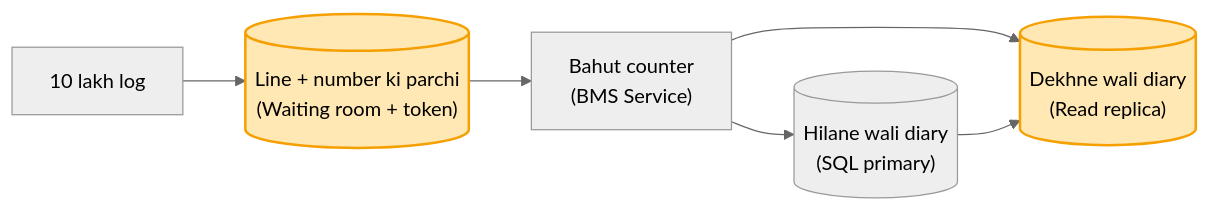
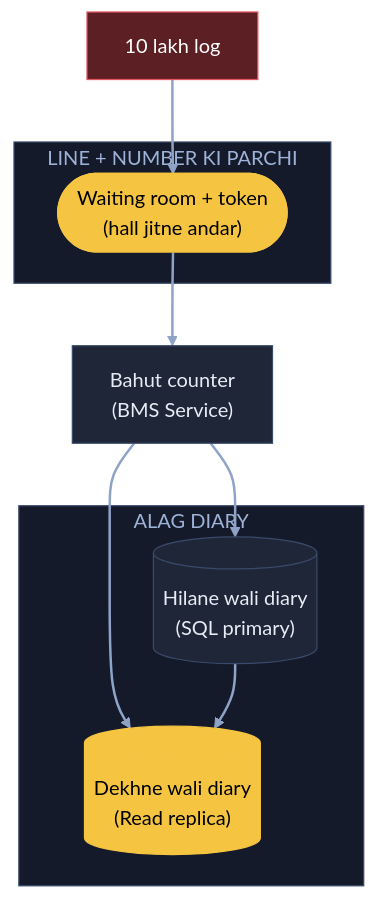
Before and after one commit to ArpanMaheshwari144/Prep: the fourth of 6 diagrams in 04_HLD/SYSTEM_DESIGNS/09_bookmyshow/09_bookmyshow.md, drawn with Mermaid (neutral theme). The commit also changed other lines of this file, not shown here.

Commit message:
BMS: 6 diagram YouTube (reel) wale card andaaz me

````diff
--- a/04_HLD/SYSTEM_DESIGNS/09_bookmyshow/09_bookmyshow.md
+++ b/04_HLD/SYSTEM_DESIGNS/09_bookmyshow/09_bookmyshow.md
@@ -98,10 +130,24 @@
 ```mermaid
-flowchart LR
-    U["10 lakh log"] --> W[("Line + number ki parchi<br/>(Waiting room + token)")]
-    W --> S["Bahut counter<br/>(BMS Service)"]
-    S --> P[("Hilane wali diary<br/>(SQL primary)")]
-    S --> R[("Dekhne wali diary<br/>(Read replica)")]
+flowchart TB
+    U["10 lakh log"]:::bad
+    subgraph GT["LINE + NUMBER KI PARCHI"]
+        W(["Waiting room + token<br/>(hall jitne andar)"]):::pill
+    end
+    S["Bahut counter<br/>(BMS Service)"]:::card
+    subgraph DY["ALAG DIARY"]
+        P[("Hilane wali diary<br/>(SQL primary)")]:::card
+        R[("Dekhne wali diary<br/>(Read replica)")]:::pill
+    end
+    U --> W
+    W --> S
+    S --> P
+    S --> R
     P --> R
-    style W fill:#ffe8b3,stroke:#f59f00,stroke-width:2px,color:#000
-    style R fill:#ffe8b3,stroke:#f59f00,stroke-width:2px,color:#000
+    linkStyle default stroke:#8fa3c7,stroke-width:2px
+    classDef card fill:#1e2638,stroke:#3a4a6b,color:#e8ecf5
+    classDef pill fill:#f5c542,stroke:#f5c542,color:#000
+    classDef good fill:#2e7d4f,stroke:#3fbf6f,color:#fff
+    classDef bad fill:#5c1f24,stroke:#e05561,color:#fff
+    style GT fill:#141a29,stroke:#3a4a6b,color:#9fb3d9
+    style DY fill:#141a29,stroke:#3a4a6b,color:#9fb3d9
 ```
````
